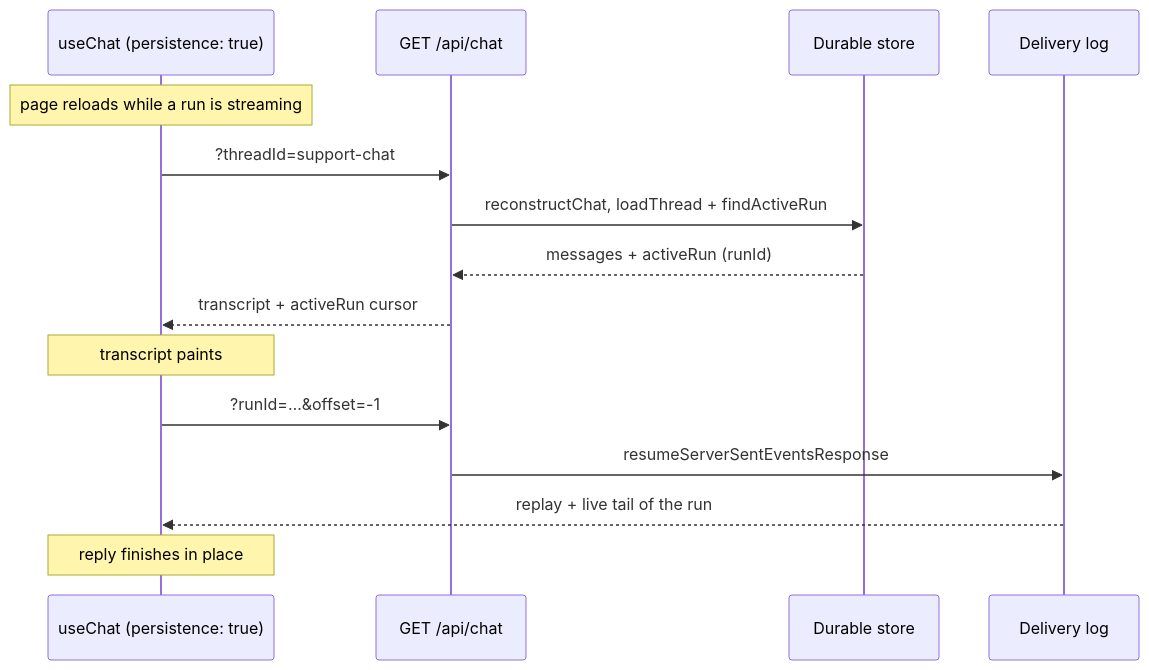
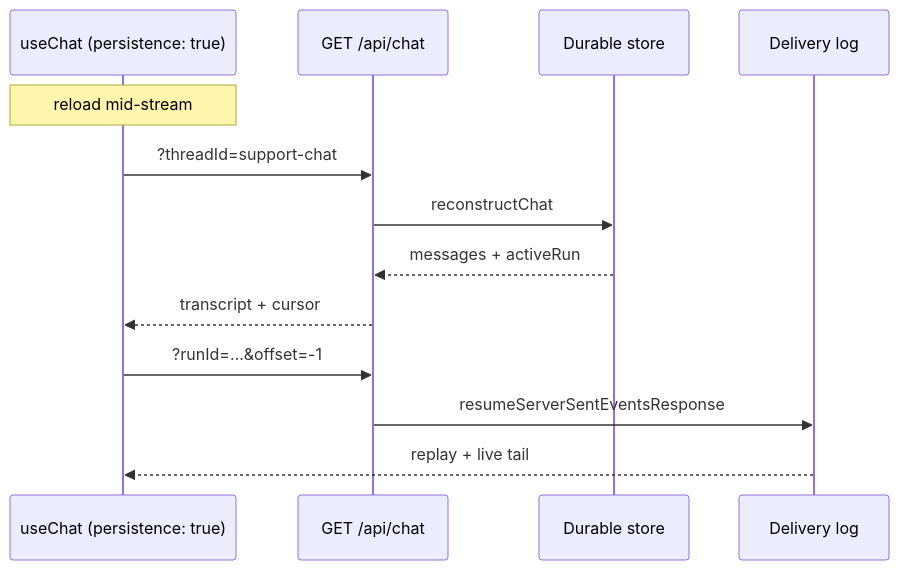
Before and after one commit to SystemSculpt/ai: the second of 2 diagrams in docs/persistence/internals.md, drawn with Mermaid. The commit also changed other lines of this file and 141 other files, not shown here.

````diff
--- a/docs/persistence/internals.md
+++ b/docs/persistence/internals.md
@@ -133,18 +92,16 @@
 ```mermaid
 sequenceDiagram
     participant Hook as useChat (persistence: true)
     participant Route as GET /api/chat
     participant Store as Durable store
     participant Log as Delivery log
 
-    Note over Hook: page reloads while a run is streaming
+    Note over Hook: reload mid-stream
     Hook->>Route: ?threadId=support-chat
-    Route->>Store: reconstructChat, loadThread + findActiveRun
-    Store-->>Route: messages + activeRun (runId)
-    Route-->>Hook: transcript + activeRun cursor
-    Note over Hook: transcript paints
+    Route->>Store: reconstructChat
+    Store-->>Route: messages + activeRun
+    Route-->>Hook: transcript + cursor
     Hook->>Route: ?runId=…&offset=-1
     Route->>Log: resumeServerSentEventsResponse
-    Log-->>Hook: replay + live tail of the run
-    Note over Hook: reply finishes in place
+    Log-->>Hook: replay + live tail
 ```
````
